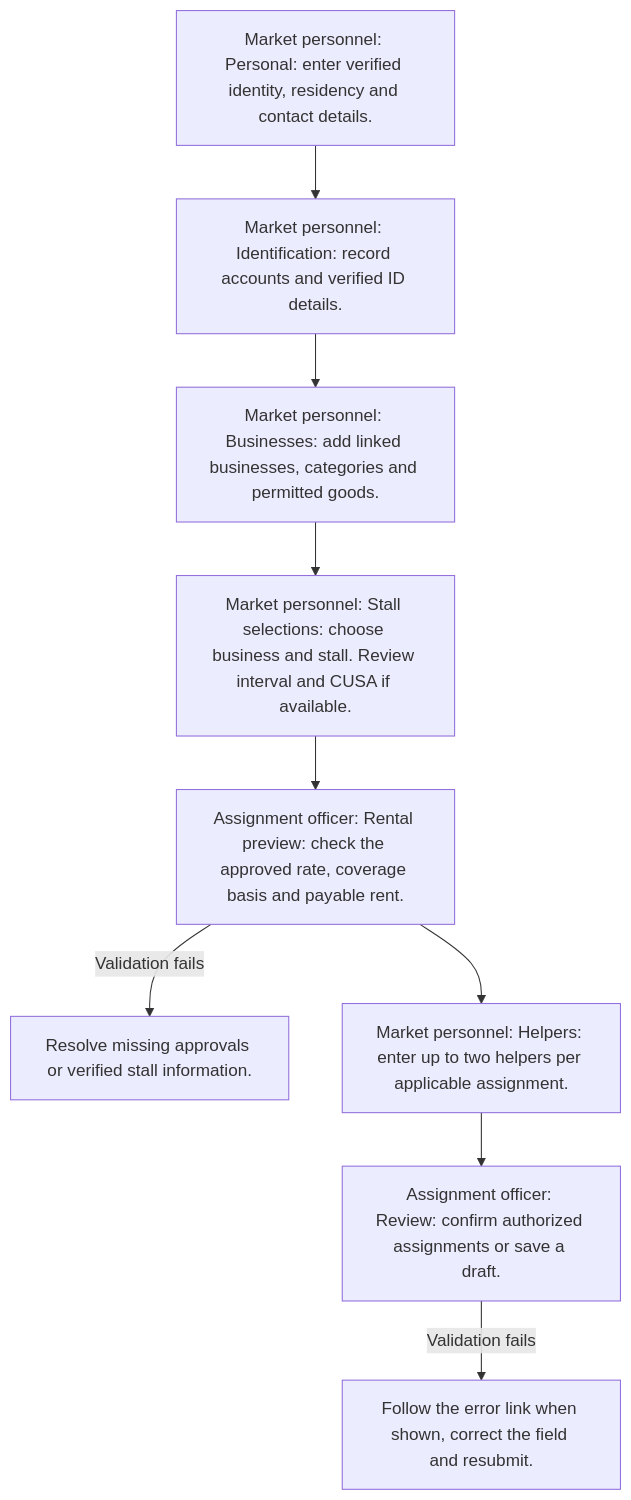
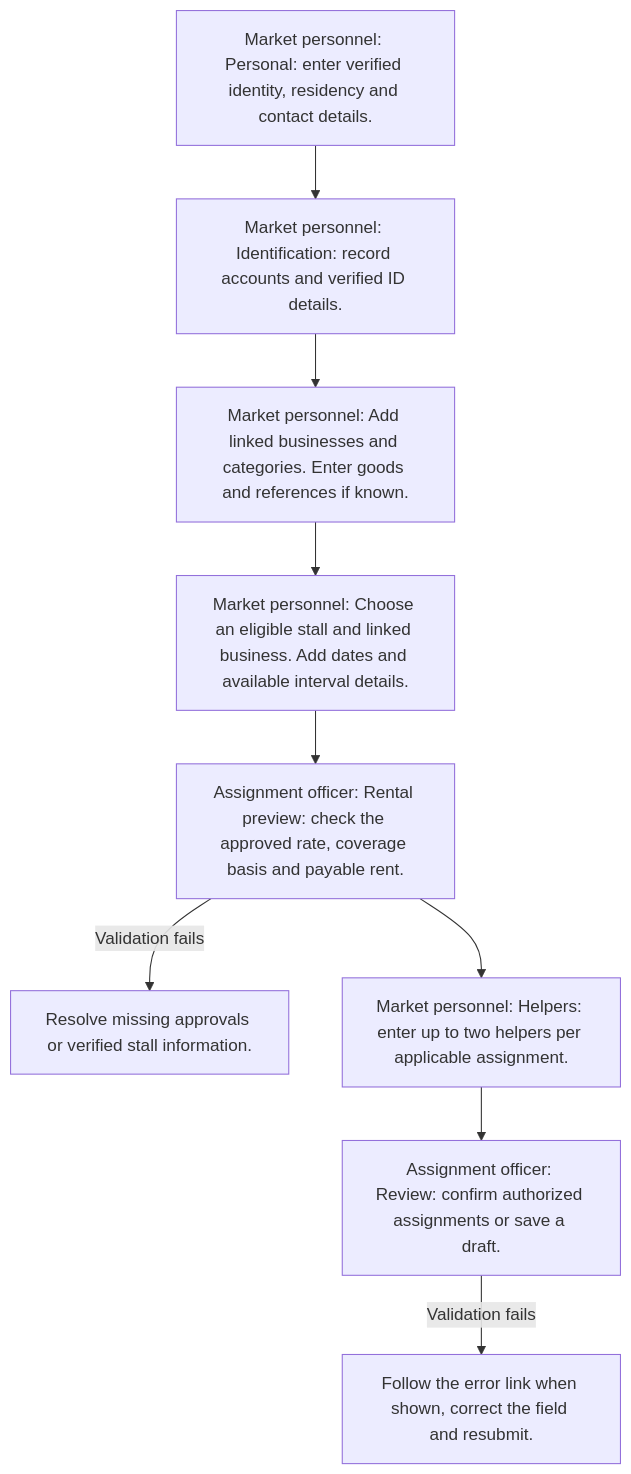
One commit to byte-vnz/markethub changed the diagram in docs/user-manual/workflows/03-tenant.mmd. Above: the diagram before and after it, drawn with Mermaid. The commit also changed 170 other files, not shown here.

```diff
--- a/docs/user-manual/workflows/03-tenant.mmd
+++ b/docs/user-manual/workflows/03-tenant.mmd
@@ -1,16 +1,16 @@
 flowchart TD
     N0["Market personnel: Personal: enter verified identity, residency and contact details."]
     N1["Market personnel: Identification: record accounts and verified ID details."]
     N0 --> N1
-    N2["Market personnel: Businesses: add linked businesses, categories and permitted goods."]
+    N2["Market personnel: Add linked businesses and categories. Enter goods and references if known."]
     N1 --> N2
-    N3["Market personnel: Stall selections: choose business and stall. Review interval and CUSA if available."]
+    N3["Market personnel: Choose an eligible stall and linked business. Add dates and available interval details."]
     N2 --> N3
     N4["Assignment officer: Rental preview: check the approved rate, coverage basis and payable rent."]
     N3 --> N4
     N4 -->|Validation fails| F4["Resolve missing approvals or verified stall information."]
     N5["Market personnel: Helpers: enter up to two helpers per applicable assignment."]
     N4 --> N5
     N6["Assignment officer: Review: confirm authorized assignments or save a draft."]
     N5 --> N6
     N6 -->|Validation fails| F6["Follow the error link when shown, correct the field and resubmit."]
```
